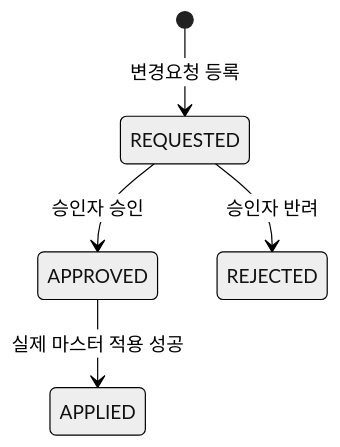
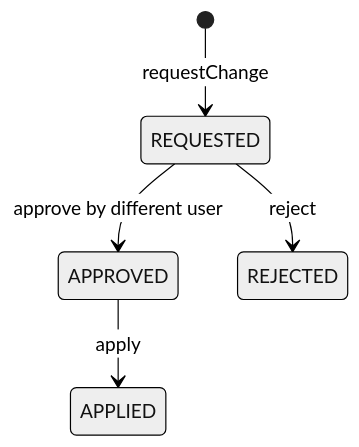
The second of 4 diagrams in master-data/docs/process-flow.md (skyg547/account), drawn with Mermaid (neutral theme) before and after one commit. The commit also changed other lines of this file and 189 other files, not shown here.

````diff
--- a/master-data/docs/process-flow.md
+++ b/master-data/docs/process-flow.md
@@ -121,7 +21,7 @@
 ```mermaid
 stateDiagram-v2
-    [*] --> REQUESTED : 변경요청 등록
-    REQUESTED --> APPROVED : 승인자 승인
-    REQUESTED --> REJECTED : 승인자 반려
-    APPROVED --> APPLIED : 실제 마스터 적용 성공
+    [*] --> REQUESTED : requestChange
+    REQUESTED --> APPROVED : approve by different user
+    REQUESTED --> REJECTED : reject
+    APPROVED --> APPLIED : apply
 ```
````
